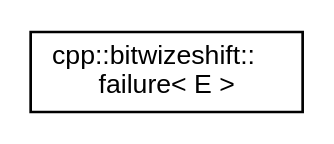
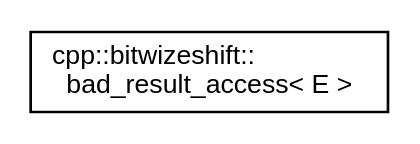
Before and after one commit to bitwizeshift/result: the diagram in api/latest/inherit_graph_1.dot, drawn with Graphviz. The commit also changed 170 other files, not shown here.

```diff
--- a/api/latest/inherit_graph_1.dot
+++ b/api/latest/inherit_graph_1.dot
@@ -1,7 +1,8 @@
 digraph "Graphical Class Hierarchy"
 {
+ // LATEX_PDF_SIZE
   edge [fontname="Helvetica",fontsize="10",labelfontname="Helvetica",labelfontsize="10"];
   node [fontname="Helvetica",fontsize="10",shape=record];
   rankdir="LR";
-  Node0 [label="cpp::bitwizeshift::\lfailure\< E \>",height=0.2,width=0.4,color="black", fillcolor="white", style="filled",URL="$dc/dd0/classcpp_1_1bitwizeshift_1_1failure.html",tooltip="A semantic type used for distinguishing failure values in an API that returns result types..."];
+  Node0 [label="cpp::bitwizeshift::\lbad_result_access\< E \>",height=0.2,width=0.4,color="black", fillcolor="white", style="filled",URL="$de/dac/classcpp_1_1bitwizeshift_1_1bad__result__access.html",tooltip="An exception thrown when result::value is accessed without a contained value."];
 }
```
